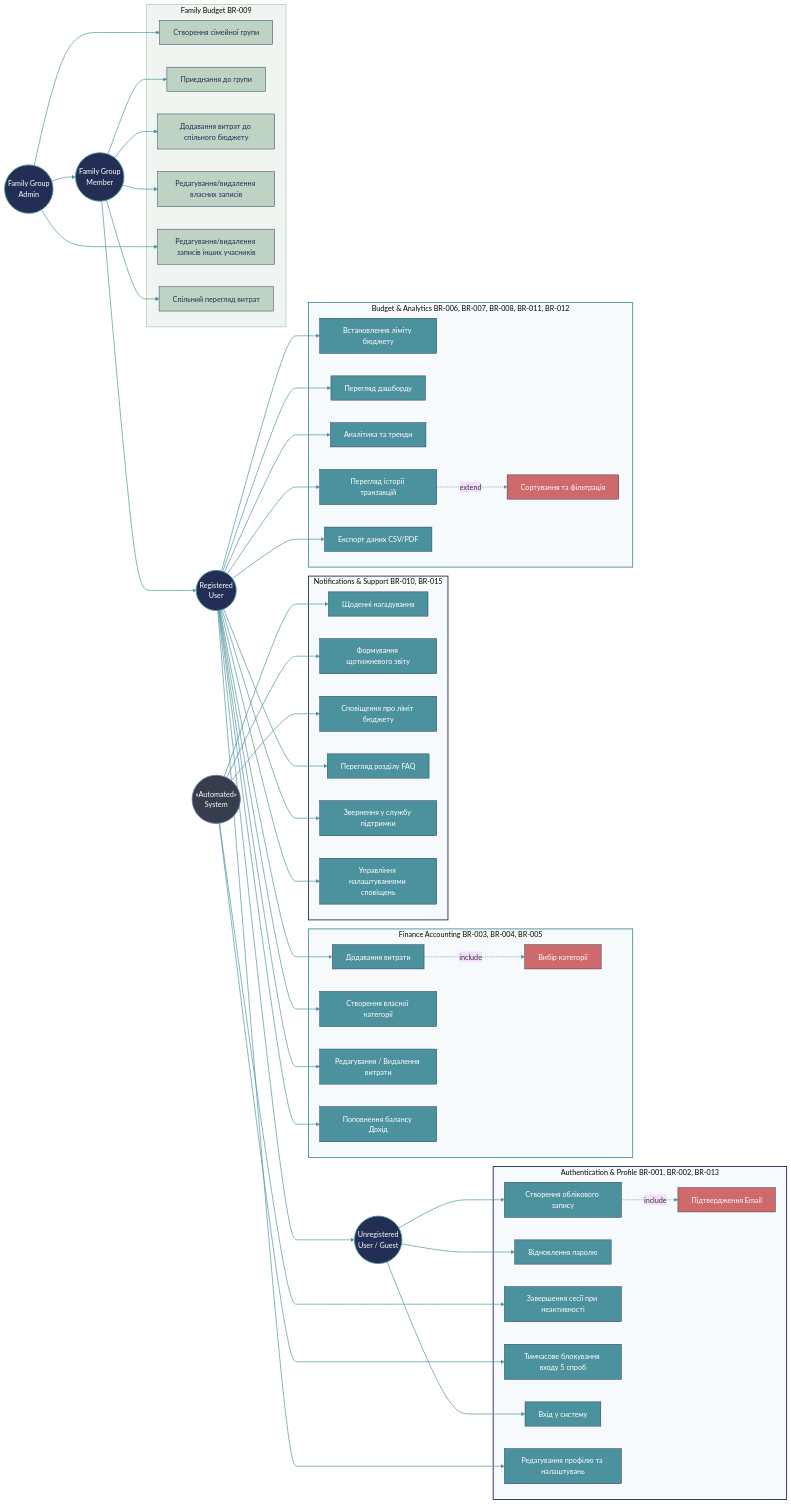
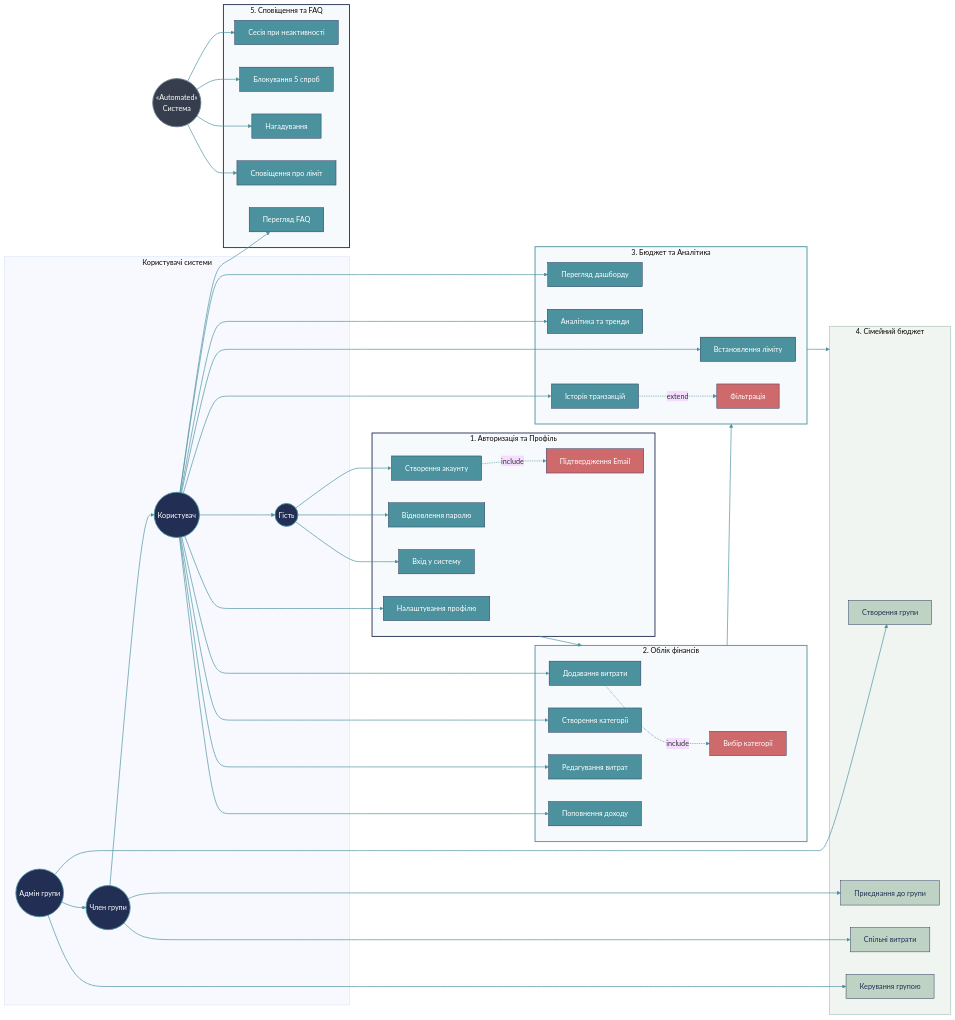
Before and after one commit to UA-VSADNIK/CoinKeeper: the fourth of 4 diagrams in DIAGRAMS.md, drawn with Mermaid (base theme).

````diff
--- a/DIAGRAMS.md
+++ b/DIAGRAMS.md
@@ -86,90 +86,75 @@
 ```mermaid
 graph LR
-    %% Актори (Actors)
-    Guest((Unregistered<br>User / Guest))
-    User((Registered<br>User))
-    FamilyMember((Family Group<br>Member))
-    Admin((Family Group<br>Admin))
-    SystemNode((«Automated»<br>System))
+    %% Актори (Зліва)
+    subgraph Ролі [Користувачі системи]
+        Guest((Гість))
+        User((Користувач))
+        FamilyMember((Член групи))
+        Admin((Адмін групи))
+    end
+    
+    SystemNode((«Automated»<br>Система))
 
-    %% Зв'язки успадкування акторів
+    %% Успадкування акторів
     User --> Guest
     FamilyMember --> User
     Admin --> FamilyMember
 
-    %% БЛОК 1: Автентифікація та Профіль
-    subgraph AuthProfile [Authentication & Profile BR-001, BR-002, BR-013]
-        UC_Reg[Створення облікового запису]
+    %% РЯД 1: Авторизація -> Облік -> Аналітика (Йдуть зліва направо)
+    subgraph AuthProfile [1. Авторизація та Профіль]
+        UC_Reg[Створення акаунту]
         UC_Confirm[Підтвердження Email]
         UC_Reset[Відновлення паролю]
-        UC_Timeout[Завершення сесії при неактивності]
-        UC_Lock[Тимчасове блокування входу 5 спроб]
         UC_Login[Вхід у систему]
-        UC_Profile[Редагування профілю та налаштувань]
+        UC_Profile[Налаштування профілю]
         
         UC_Reg -.->|include| UC_Confirm
     end
 
-    %% БЛОК 2: Сповіщення та Підтримка
-    subgraph NotifSupport [Notifications & Support BR-010, BR-015]
-        UC_Remind[Щоденні нагадування]
-        UC_Weekly[Формування щотижневого звіту]
-        UC_Alert[Сповіщення про ліміт бюджету]
-        UC_FAQ[Перегляд розділу FAQ]
-        UC_Support[Звернення у службу підтримки]
-        UC_NotifyManage[Управління налаштуваннями сповіщень]
-    end
-
-    %% БЛОК 3: Облік фінансів
-    subgraph FinAccounting [Finance Accounting BR-003, BR-004, BR-005]
+    subgraph FinAccounting [2. Облік фінансів]
         UC_AddExp[Додавання витрати]
         UC_Cat[Вибір категорії]
-        UC_CreateCat[Створення власної категорії]
-        UC_EditExp[Редагування / Видалення витрати]
-        UC_AddInc[Поповнення балансу Дохід]
+        UC_CreateCat[Створення категорії]
+        UC_EditExp[Редагування витрат]
+        UC_AddInc[Поповнення доходу]
         
         UC_AddExp -.->|include| UC_Cat
     end
 
-    %% БЛОК 4: Бюджет та Аналітика
-    subgraph BudgetAnalytics [Budget & Analytics BR-006, BR-007, BR-008, BR-011, BR-012]
-        UC_SetLimit[Встановлення ліміту бюджету]
+    subgraph BudgetAnalytics [3. Бюджет та Аналітика]
+        UC_SetLimit[Встановлення ліміту]
         UC_Dash[Перегляд дашборду]
         UC_Trend[Аналітика та тренди]
-        UC_History[Перегляд історії транзакцій]
-        UC_Filter[Сортування та фільтрація]
-        UC_Export[Експорт даних CSV/PDF]
+        UC_History[Історія транзакцій]
+        UC_Filter[Фільтрація]
         
         UC_History -.->|extend| UC_Filter
     end
 
-    %% БЛОК 5: Сімейний бюджет
-    subgraph FamilyBudget [Family Budget BR-009]
-        UC_FamCreate[Створення сімейної групи]
+    subgraph FamilyBudget [4. Сімейний бюджет]
+        UC_FamCreate[Створення групи]
         UC_FamJoin[Приєднання до групи]
-        UC_FamAdd[Додавання витрат до спільного бюджету]
-        UC_FamEditOwn[Редагування/видалення власних записів]
-        UC_FamManage[Редагування/видалення записів інших учасників]
-        UC_FamView[Спільний перегляд витрат]
+        UC_FamAdd[Спільні витрати]
+        UC_FamManage[Керування групою]
     end
 
-    %% Зв'язки: Гість
+    subgraph NotifSupport [5. Сповіщення та FAQ]
+        UC_Timeout[Сесія при неактивності]
+        UC_Lock[Блокування 5 спроб]
+        UC_Remind[Нагадування]
+        UC_Alert[Сповіщення про ліміт]
+        UC_FAQ[Перегляд FAQ]
+    end
+
+    %% Напрямок зв'язків для розтягування вшир
+    AuthProfile --> FinAccounting --> BudgetAnalytics --> FamilyBudget
+
+    %% Зв'язки Акторів з прецедентами
     Guest --> UC_Reg
+    Guest --> UC_Login
     Guest --> UC_Reset
-    Guest --> UC_Login
 
-    %% Зв'язки: Система
-    SystemNode --> UC_Timeout
-    SystemNode --> UC_Lock
-    SystemNode --> UC_Remind
-    SystemNode --> UC_Weekly
-    SystemNode --> UC_Alert
-
-    %% Зв'язки: Користувач
     User --> UC_Profile
-    User --> UC_FAQ
-    User --> UC_Support
-    User --> UC_NotifyManage
     User --> UC_AddExp
     User --> UC_CreateCat
     User --> UC_EditExp
@@ -178,40 +163,39 @@
     User --> UC_Dash
     User --> UC_Trend
     User --> UC_History
-    User --> UC_Export
+    User --> UC_FAQ
 
-    %% Зв'язки: Член сім'ї та Admin
     FamilyMember --> UC_FamJoin
     FamilyMember --> UC_FamAdd
-    FamilyMember --> UC_FamEditOwn
-    FamilyMember --> UC_FamView
     
     Admin --> UC_FamCreate
     Admin --> UC_FamManage
 
-    %% СТИЛІЗАЦІЯ ПІД КОЛЬОРИ COINKEEPER
+    SystemNode --> UC_Timeout
+    SystemNode --> UC_Lock
+    SystemNode --> UC_Remind
+    SystemNode --> UC_Alert
+
+    %% СТИЛІЗАЦІЯ COINKEEPER
     style Guest fill:#222e54,stroke:#4c929e,stroke-width:2px,color:#fff
     style User fill:#222e54,stroke:#4c929e,stroke-width:2px,color:#fff
     style FamilyMember fill:#222e54,stroke:#4c929e,stroke-width:2px,color:#fff
     style Admin fill:#222e54,stroke:#4c929e,stroke-width:2px,color:#fff
     style SystemNode fill:#363e4d,stroke:#718096,stroke-width:2px,color:#fff
 
-    %% Стилі для підсистем (Subgraphs) через безпечні ID
     style AuthProfile fill:#f7fafc,stroke:#222e54,stroke-width:2px
     style NotifSupport fill:#f7fafc,stroke:#222e54,stroke-width:2px
     style FinAccounting fill:#f7fafc,stroke:#4c929e,stroke-width:2px
     style BudgetAnalytics fill:#f7fafc,stroke:#4c929e,stroke-width:2px
     style FamilyBudget fill:#f0f5f2,stroke:#bed3c4,stroke-width:2px
 
-    %% Стилі для Use Cases (Овалів)
     classDef default fill:#4c929e,stroke:#222e54,stroke-width:1px,color:#fff;
     classDef relations fill:#ce6a6c,stroke:#222e54,stroke-width:1px,color:#fff;
     classDef family fill:#bed3c4,stroke:#222e54,stroke-width:1px,color:#222e54;
 
     class UC_Confirm,UC_Cat,UC_Filter relations;
-    class UC_FamCreate,UC_FamJoin,UC_FamAdd,UC_FamEditOwn,UC_FamManage,UC_FamView family;
+    class UC_FamCreate,UC_FamJoin,UC_FamAdd,UC_FamManage family;
 
-    %% Кольори ліній
     linkStyle default stroke:#4c929e,stroke-width:1.5px;
 
 ```
````
